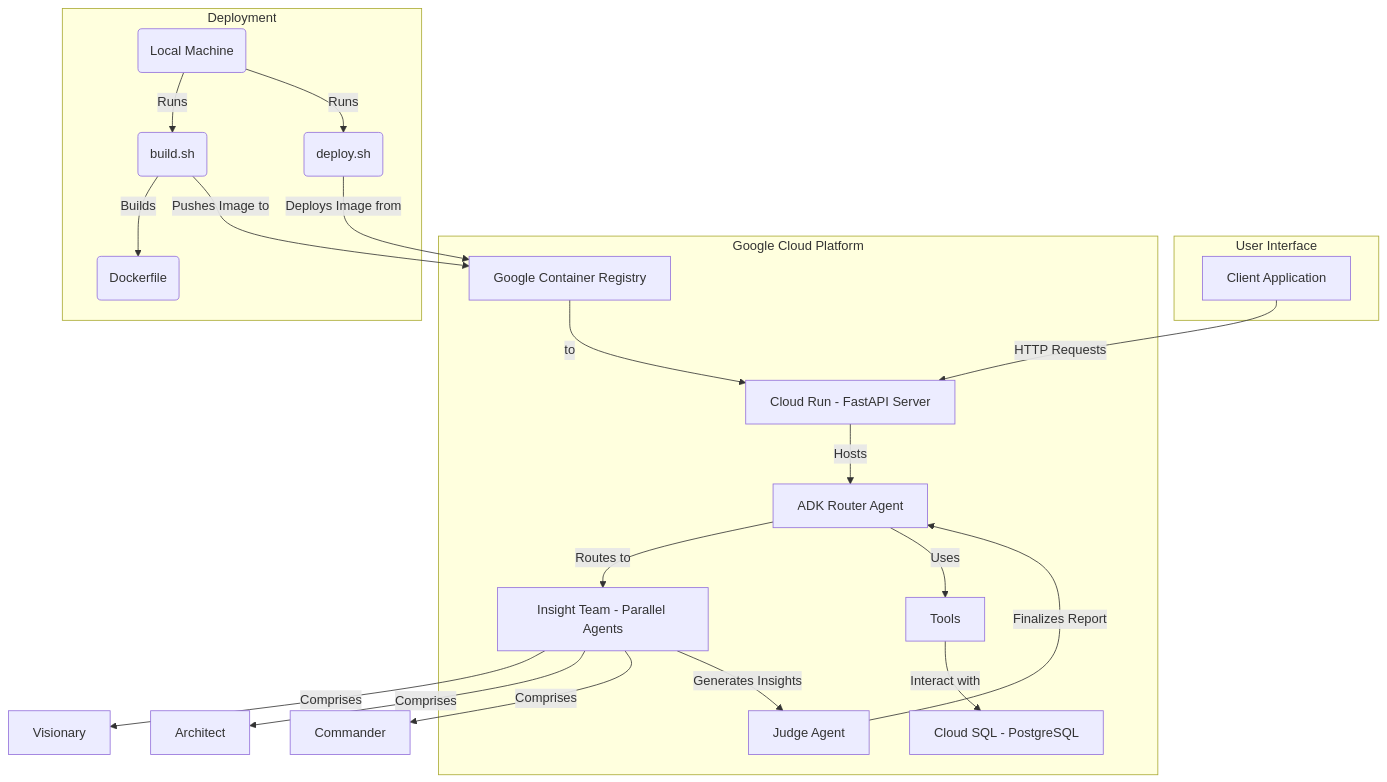
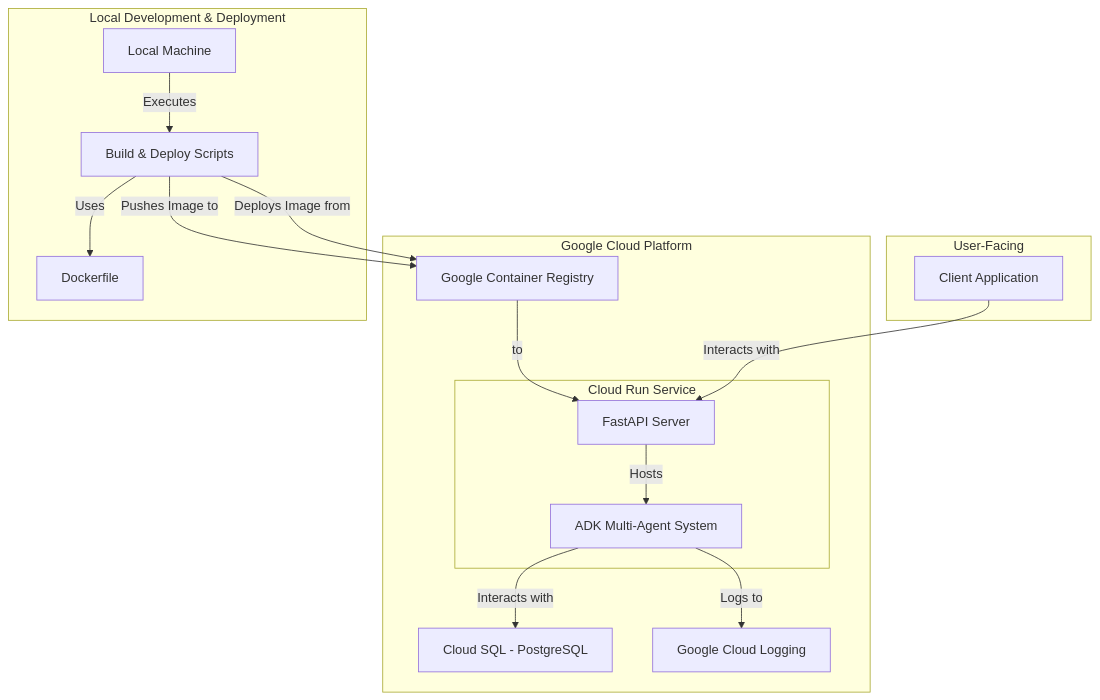
The first of 2 diagrams in README.md (doepking/gemini_adk_lifetracker_demo), drawn with Mermaid before and after one commit. The commit also changed other lines of this file, not shown here.

Commit message:
docs(readme): add agent flow diagram and update architecture diagram

````diff
--- a/README.md
+++ b/README.md
@@ -50,40 +50,34 @@
 ```mermaid
 graph TD
-    subgraph User Interface
+    subgraph "User-Facing"
         A[Client Application]
     end
 
-    subgraph Google Cloud Platform
-        B[Cloud Run - FastAPI Server]
-        C[ADK Router Agent]
-        D[Insight Team - Parallel Agents]
-        E[Judge Agent]
-        F[Tools]
-        G[Cloud SQL - PostgreSQL]
-        H[Google Container Registry]
-    end
-    
-    subgraph Deployment
-        I(Local Machine)
-        J(build.sh)
-        K(deploy.sh)
-        L(Dockerfile)
+    subgraph "Google Cloud Platform"
+        subgraph "Cloud Run Service"
+            B[FastAPI Server]
+            C[ADK Multi-Agent System]
+        end
+        
+        D[Cloud SQL - PostgreSQL]
+        E[Google Container Registry]
+        F[Google Cloud Logging]
     end
 
-    A -- HTTP Requests --> B
+    subgraph "Local Development & Deployment"
+        G[Local Machine]
+        H[Dockerfile]
+        I[Build & Deploy Scripts]
+    end
+
+    %% --- Relationships ---
+    A -- Interacts with --> B
     B -- Hosts --> C
-    C -- Routes to --> D
-    D -- Comprises --> Visionary
-    D -- Comprises --> Architect
-    D -- Comprises --> Commander
-    D -- Generates Insights --> E
-    E -- Finalizes Report --> C
-    C -- Uses --> F
-    F -- Interact with --> G
+    C -- Interacts with --> D
+    C -- Logs to --> F
     
-    I -- Runs --> J
-    J -- Builds --> L
-    J -- Pushes Image to --> H
-    I -- Runs --> K
-    K -- Deploys Image from --> H -- to --> B
+    G -- Executes --> I
+    I -- Uses --> H
+    I -- Pushes Image to --> E
+    I -- Deploys Image from --> E -- to --> B
 ```
````
